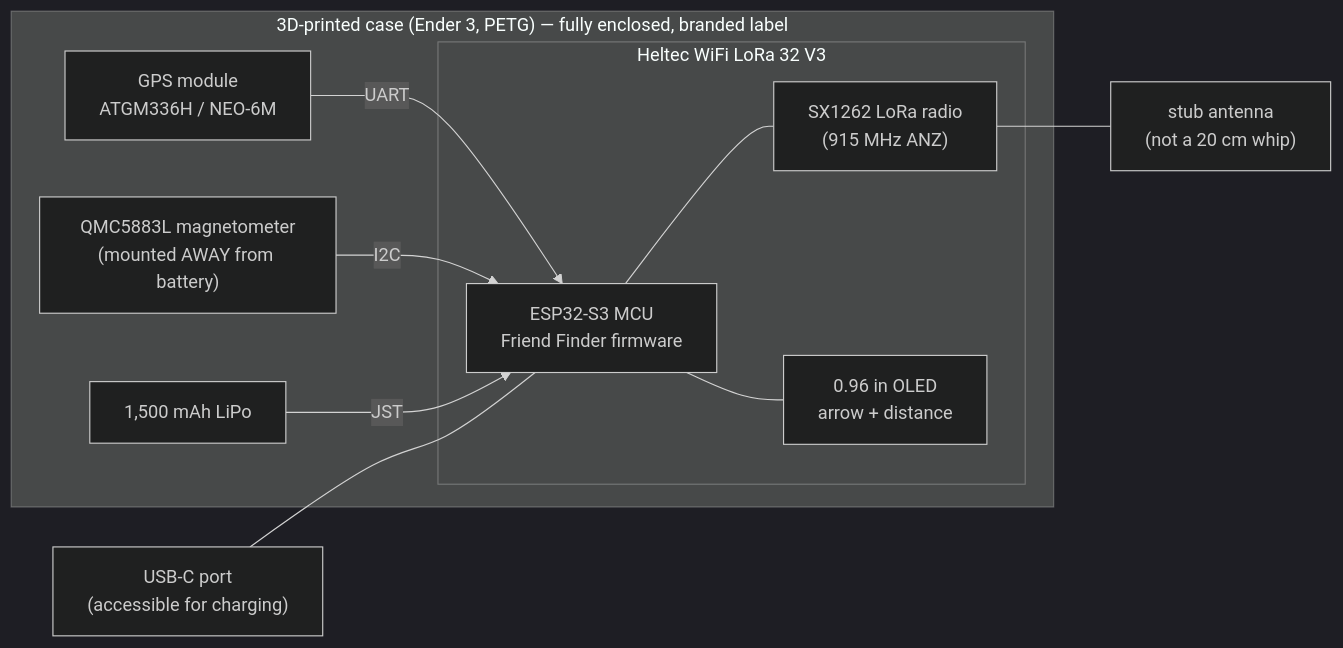
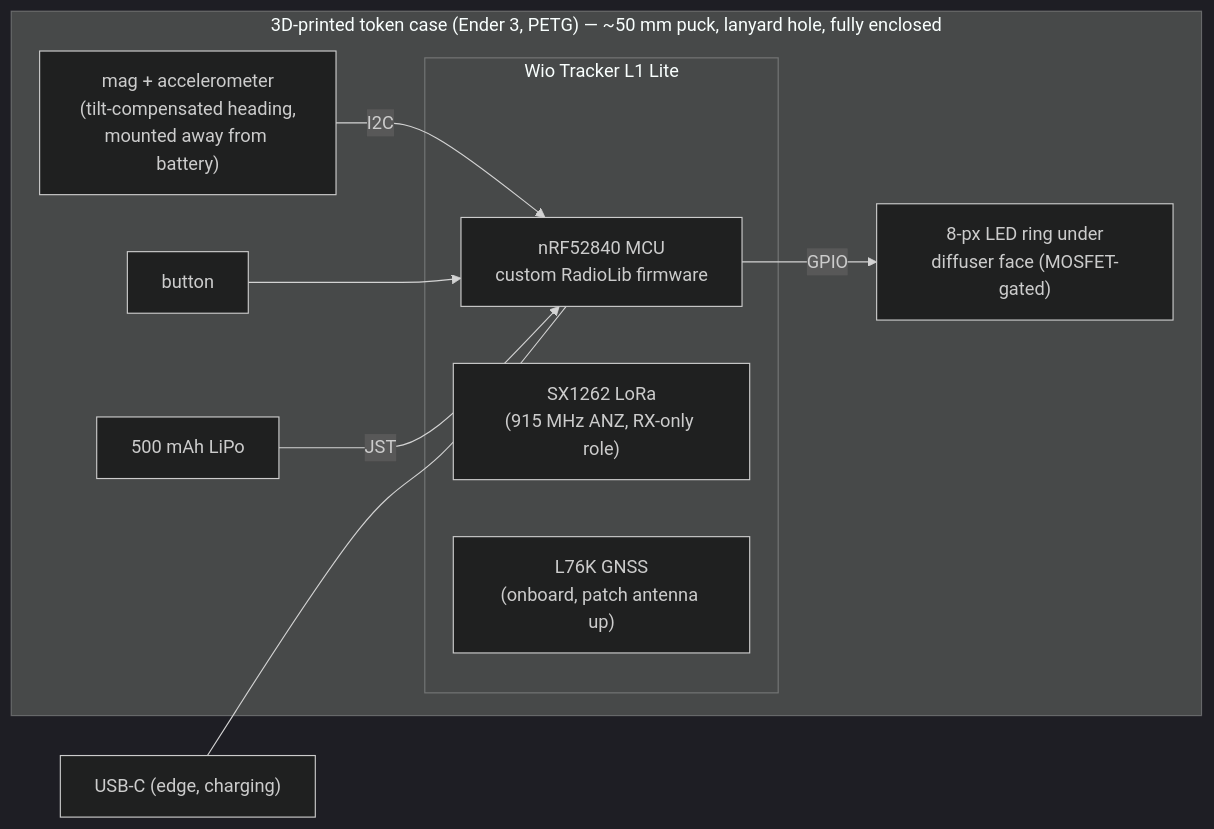
One commit to nathanielgtran/rave-compass changed the third of 4 diagrams in PLAN.md. Above: the diagram before and after it, drawn with Mermaid (dark theme). The commit also changed other lines of this file and 7 other files, not shown here.

Commit message:
docs: single-beacon architecture rewrite — research, plan, diagrams, review fixes

````diff
--- a/PLAN.md
+++ b/PLAN.md
@@ -88,23 +90,21 @@
 ```mermaid
 flowchart LR
-    subgraph case["3D-printed case (Ender 3, PETG) — fully enclosed, branded label"]
-        subgraph board["Heltec WiFi LoRa 32 V3"]
-            MCU["ESP32-S3 MCU<br/>Friend Finder firmware"]
-            LORA["SX1262 LoRa radio<br/>(915 MHz ANZ)"]
-            OLED["0.96 in OLED<br/>arrow + distance"]
+    subgraph case["3D-printed token case (Ender 3, PETG) — ~50 mm puck, lanyard hole, fully enclosed"]
+        subgraph board["Wio Tracker L1 Lite"]
+            MCU["nRF52840 MCU<br/>custom RadioLib firmware"]
+            LORA["SX1262 LoRa<br/>(915 MHz ANZ, RX-only role)"]
+            GPS["L76K GNSS<br/>(onboard, patch antenna up)"]
         end
-        GPS["GPS module<br/>ATGM336H / NEO-6M"]
-        MAG["QMC5883L magnetometer<br/>(mounted AWAY from battery)"]
-        BAT["1,500 mAh LiPo"]
+        IMU["mag + accelerometer<br/>(tilt-compensated heading,<br/>mounted away from battery)"]
+        RING["8-px LED ring under<br/>diffuser face (MOSFET-gated)"]
+        BAT["500 mAh LiPo"]
+        BTN["button"]
     end
-    ANT["stub antenna<br/>(not a 20 cm whip)"]
-    USB["USB-C port<br/>(accessible for charging)"]
+    USB["USB-C (edge, charging)"]
 
-    GPS -->|UART| MCU
-    MAG -->|I2C| MCU
-    MCU --- LORA
-    MCU --- OLED
+    IMU -->|I2C| MCU
+    MCU -->|GPIO| RING
+    BTN --> MCU
     BAT -->|JST| MCU
-    LORA --- ANT
     USB --- MCU
 ```
````
